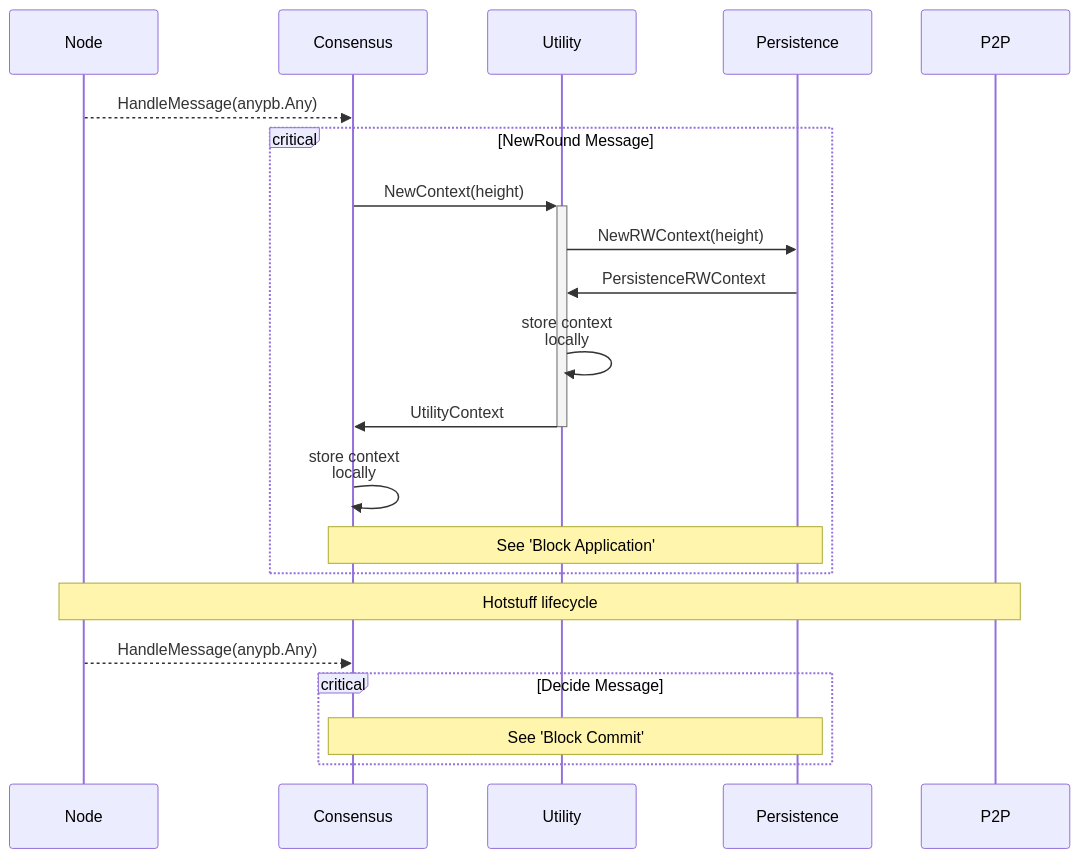
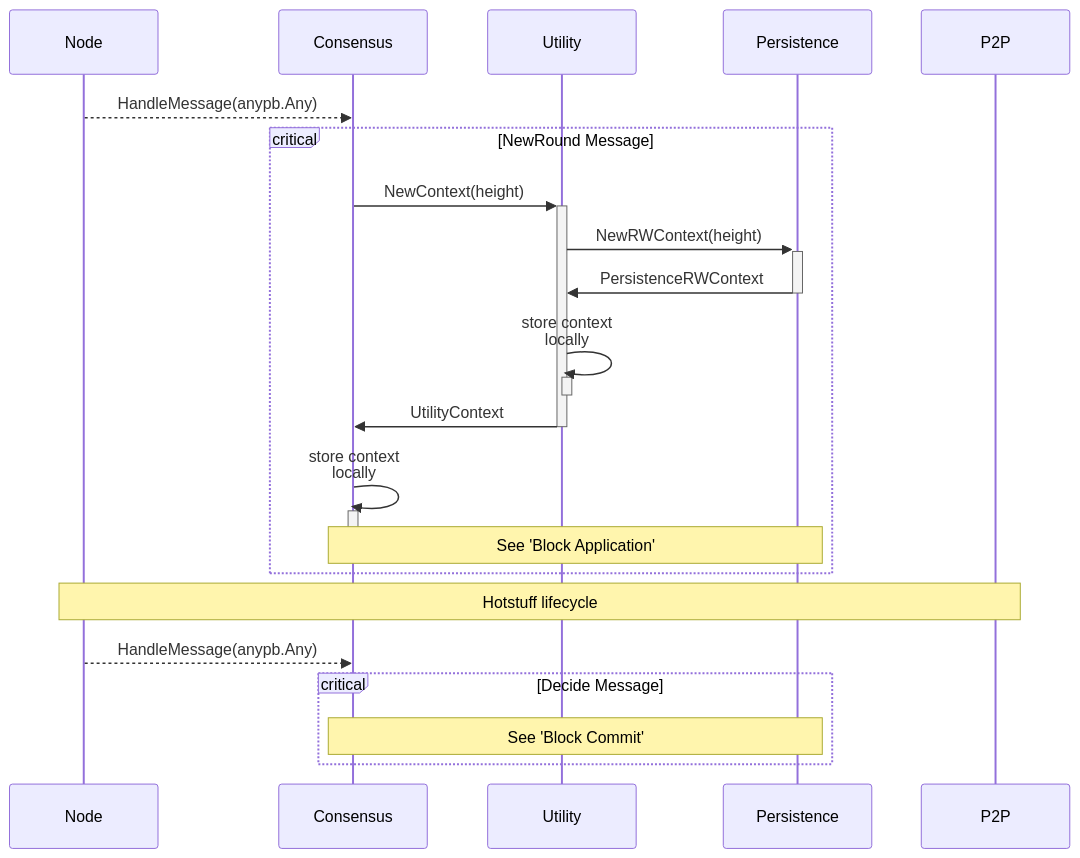
One commit to pokt-network/pocket changed the first of 3 diagrams in shared/docs/flows/AppHash.md. Above: the diagram before and after it, drawn with Mermaid. The commit also changed other lines of this file and 1 other file, not shown here.

````diff
--- a/shared/docs/flows/AppHash.md
+++ b/shared/docs/flows/AppHash.md
@@ -13,27 +15,30 @@
 ```mermaid
 sequenceDiagram
-    %% autonumber
     participant N as Node
     participant C as Consensus
     participant U as Utility
     participant P as Persistence
     participant P2P as P2P
 
     N-->>C: HandleMessage(anypb.Any)
     critical NewRound Message
         C->>+U: NewContext(height)
-        U->>P: NewRWContext(height)
-        P->>U: PersistenceRWContext
+        U->>+P: NewRWContext(height)
+        P->>-U: PersistenceRWContext
         U->>U: store context<br>locally
+        activate U
+        deactivate U
         U->>-C: UtilityContext
         C->>C: store context<br>locally
+        activate C
+        deactivate C
         Note over C, P: See 'Block Application'
     end
 
     Note over N, P2P: Hotstuff lifecycle
     N-->>C: HandleMessage(anypb.Any)
 
     critical Decide Message
         Note over C, P: See 'Block Commit'
     end
 ```
````
